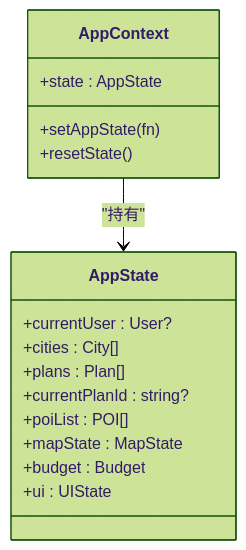
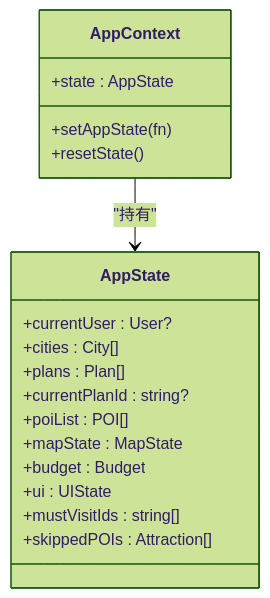
One commit to ititjjy/AITrip-plan changed the third of 9 diagrams in .qoder/repowiki/zh/content/前端架构/状态管理.md. Above: the diagram before and after it, drawn with Mermaid (forest theme). The commit also changed other lines of this file and 144 other files, not shown here.

````diff
--- a/.qoder/repowiki/zh/content/前端架构/状态管理.md
+++ b/.qoder/repowiki/zh/content/前端架构/状态管理.md
@@ -142,19 +164,21 @@
 ```mermaid
 classDiagram
 class AppContext {
 +state : AppState
 +setAppState(fn)
 +resetState()
 }
 class AppState {
 +currentUser : User?
 +cities : City[]
 +plans : Plan[]
 +currentPlanId : string?
 +poiList : POI[]
 +mapState : MapState
 +budget : Budget
 +ui : UIState
++mustVisitIds : string[]
++skippedPOIs : Attraction[]
 }
 AppContext --> AppState : "持有"
 ```
````
